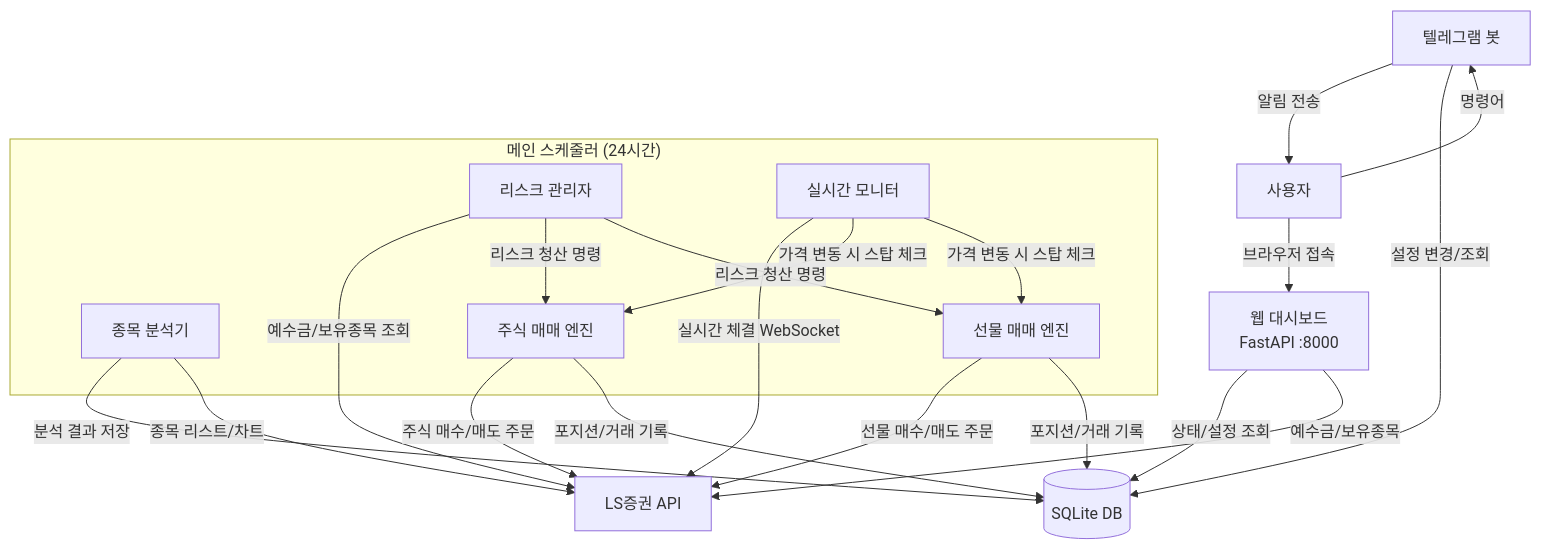
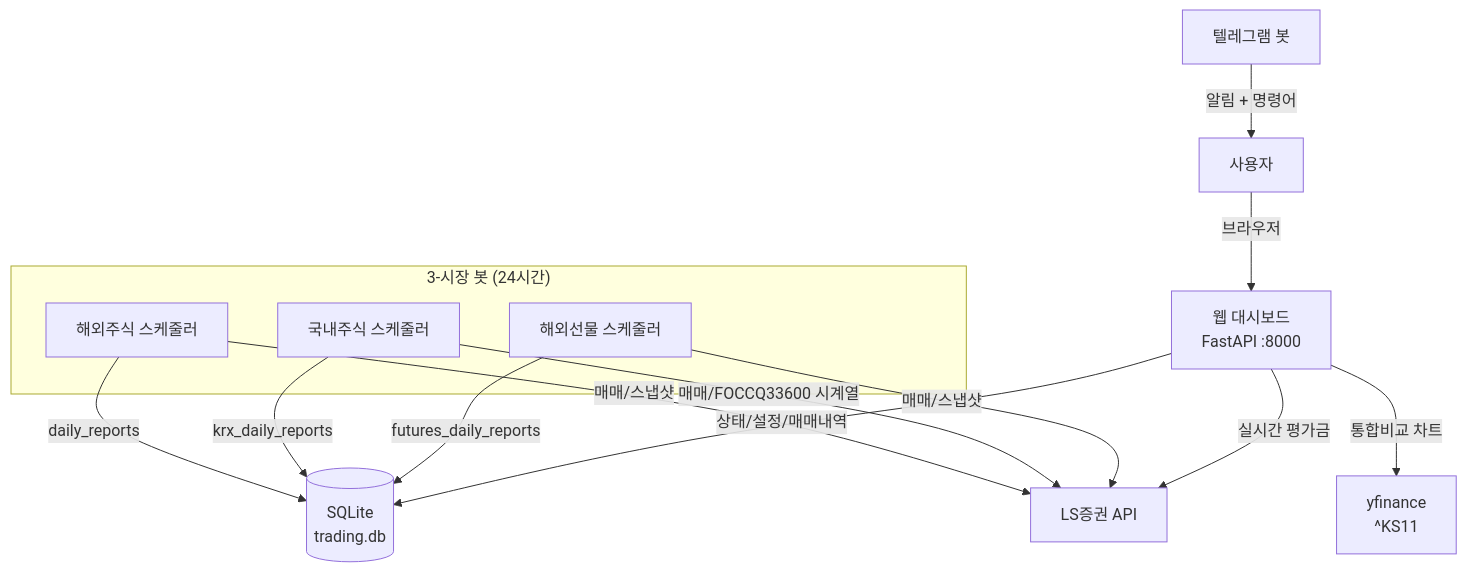
The first of 2 diagrams in README.md (programgarden/offline_class_20250405), drawn with Mermaid before and after one commit. The commit also changed other lines of this file, not shown here.

````diff
--- a/README.md
+++ b/README.md
@@ -13,34 +30,26 @@
 ```mermaid
 graph TB
-    subgraph 스케줄러["메인 스케줄러 (24시간)"]
-        AN[종목 분석기]
-        TE[주식 매매 엔진]
-        FE[선물 매매 엔진]
-        RM[리스크 관리자]
-        RT[실시간 모니터]
+    subgraph 봇["3-시장 봇 (24시간)"]
+        SS[해외주식 스케줄러]
+        KS[국내주식 스케줄러]
+        FS[해외선물 스케줄러]
     end
 
     WEB[웹 대시보드<br/>FastAPI :8000]
     TG[텔레그램 봇]
-    DB[(SQLite DB)]
+    DB[(SQLite<br/>trading.db)]
     LS[LS증권 API]
+    YF[yfinance<br/>^KS11]
 
-    AN -->|분석 결과 저장| DB
-    AN -->|종목 리스트/차트| LS
-    TE -->|주식 매수/매도 주문| LS
-    TE -->|포지션/거래 기록| DB
-    FE -->|선물 매수/매도 주문| LS
-    FE -->|포지션/거래 기록| DB
-    RM -->|예수금/보유종목 조회| LS
-    RM -->|리스크 청산 명령| TE
-    RM -->|리스크 청산 명령| FE
-    RT -->|실시간 체결 WebSocket| LS
-    RT -->|가격 변동 시 스탑 체크| TE
-    RT -->|가격 변동 시 스탑 체크| FE
-    TG -->|알림 전송| 사용자
-    사용자 -->|명령어| TG
-    TG -->|설정 변경/조회| DB
-    WEB -->|상태/설정 조회| DB
-    WEB -->|예수금/보유종목| LS
-    사용자 -->|브라우저 접속| WEB
+    SS -->|매매/스냅샷| LS
+    KS -->|매매/FOCCQ33600 시계열| LS
+    FS -->|매매/스냅샷| LS
+    SS -->|daily_reports| DB
+    KS -->|krx_daily_reports| DB
+    FS -->|futures_daily_reports| DB
+    TG -->|알림 + 명령어| 사용자
+    WEB -->|통합비교 차트| YF
+    WEB -->|상태/설정/매매내역| DB
+    WEB -->|실시간 평가금| LS
+    사용자 -->|브라우저| WEB
 ```
````
